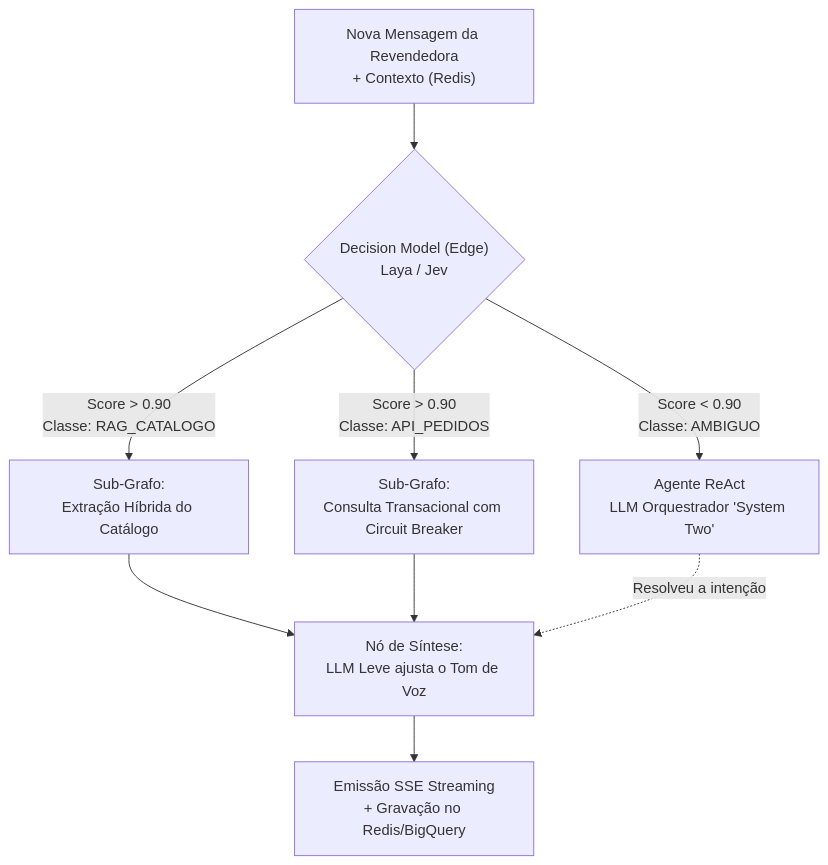
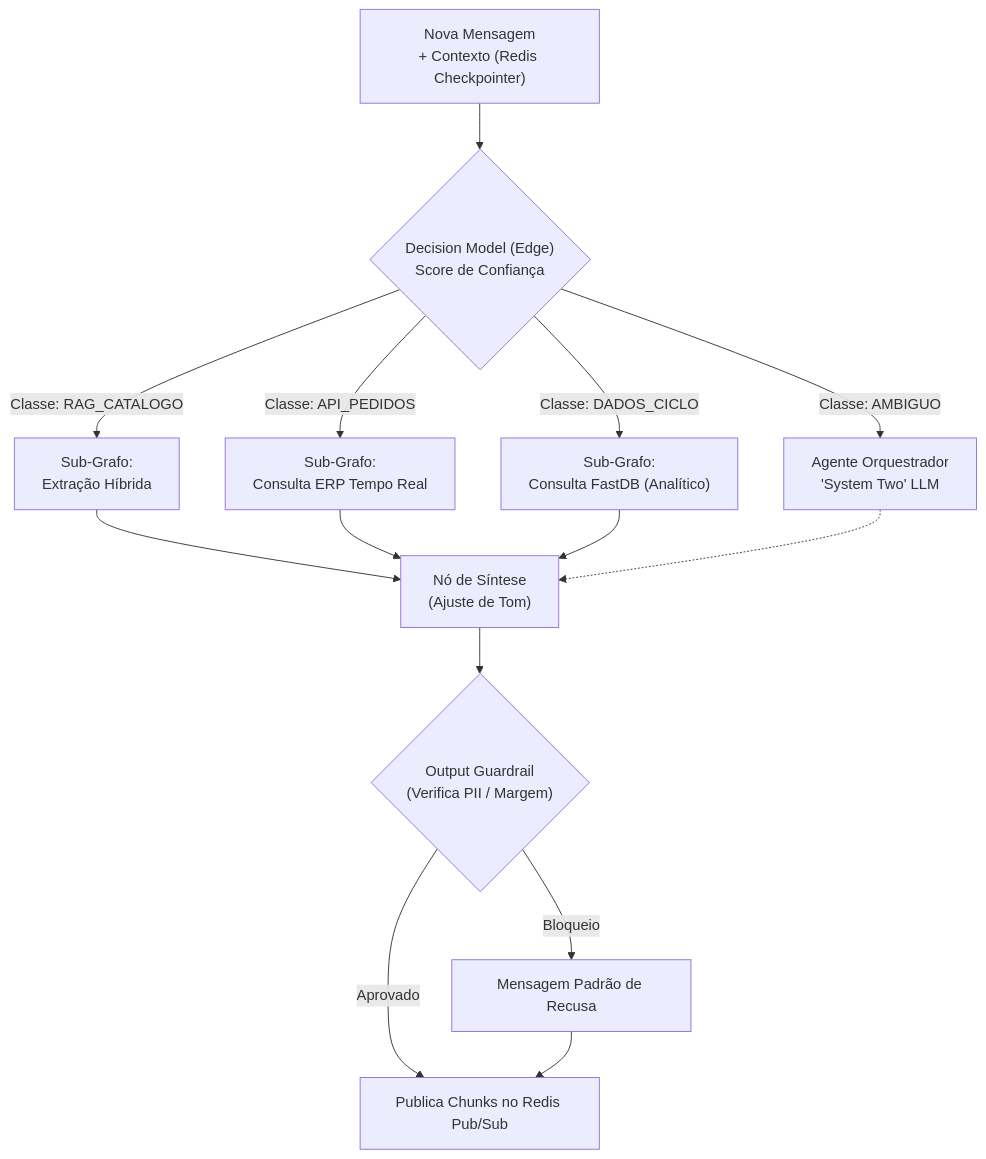
Before and after one commit to KattsonBastos/gb-support-agent-case: the third of 3 diagrams in docs/system-design-500k.md, drawn with Mermaid. The commit also changed other lines of this file, not shown here.

Commit message:
docs: update system design architecture for 500k scale with event-driven pub-sub and hybrid data layer

````diff
--- a/docs/system-design-500k.md
+++ b/docs/system-design-500k.md
@@ -132,25 +116,27 @@
 ```mermaid
 flowchart TD
     %% Entrada
-    Input["Nova Mensagem da Revendedora<br/>+ Contexto (Redis)"]
-    
-    %% Roteamento na Entrada do Grafo
-    Router{"Decision Model (Edge)<br/>Laya / Jev"}
+    Input["Nova Mensagem<br/>+ Contexto (Redis Checkpointer)"]
+    Router{"Decision Model (Edge)<br/>Score de Confiança"}
     
     Input --> Router
     
     %% Decisões com alta confiança
-    Router -->|"Score > 0.90<br/>Classe: RAG_CATALOGO"| NodeRAG["Sub-Grafo:<br/>Extração Híbrida do Catálogo"]
-    Router -->|"Score > 0.90<br/>Classe: API_PEDIDOS"| NodeAPI["Sub-Grafo:<br/>Consulta Transacional com Circuit Breaker"]
+    Router -->|"Classe: RAG_CATALOGO"| NodeRAG["Sub-Grafo:<br/>Extração Híbrida"]
+    Router -->|"Classe: API_PEDIDOS"| NodeAPI["Sub-Grafo:<br/>Consulta ERP Tempo Real"]
+    Router -->|"Classe: DADOS_CICLO"| NodeAnalytic["Sub-Grafo:<br/>Consulta FastDB (Analítico)"]
     
-    %% Escalonamento para o modelo complexo
-    Router -->|"Score < 0.90<br/>Classe: AMBIGUO"| NodeLLM["Agente ReAct<br/>LLM Orquestrador 'System Two'"]
+    %% Escalonamento
+    Router -->|"Classe: AMBIGUO"| NodeLLM["Agente Orquestrador<br/>'System Two' LLM"]
     
-    %% Processamento dos Sub-grafos
-    NodeRAG --> Synthesize["Nó de Síntese:<br/>LLM Leve ajusta o Tom de Voz"]
+    %% Síntese e Segurança
+    NodeRAG --> Synthesize["Nó de Síntese<br/>(Ajuste de Tom)"]
     NodeAPI --> Synthesize
-    NodeLLM -.->|"Resolveu a intenção"| Synthesize
+    NodeAnalytic --> Synthesize
+    NodeLLM -.-> Synthesize
     
-    %% Saída
-    Synthesize --> Output["Emissão SSE Streaming<br/>+ Gravação no Redis/BigQuery"]
+    Synthesize --> Guardrail{"Output Guardrail<br/>(Verifica PII / Margem)"}
+    Guardrail -->|Bloqueio| Reject["Mensagem Padrão de Recusa"]
+    Guardrail -->|Aprovado| Output["Publica Chunks no Redis Pub/Sub"]
+    Reject --> Output
 ```
````
